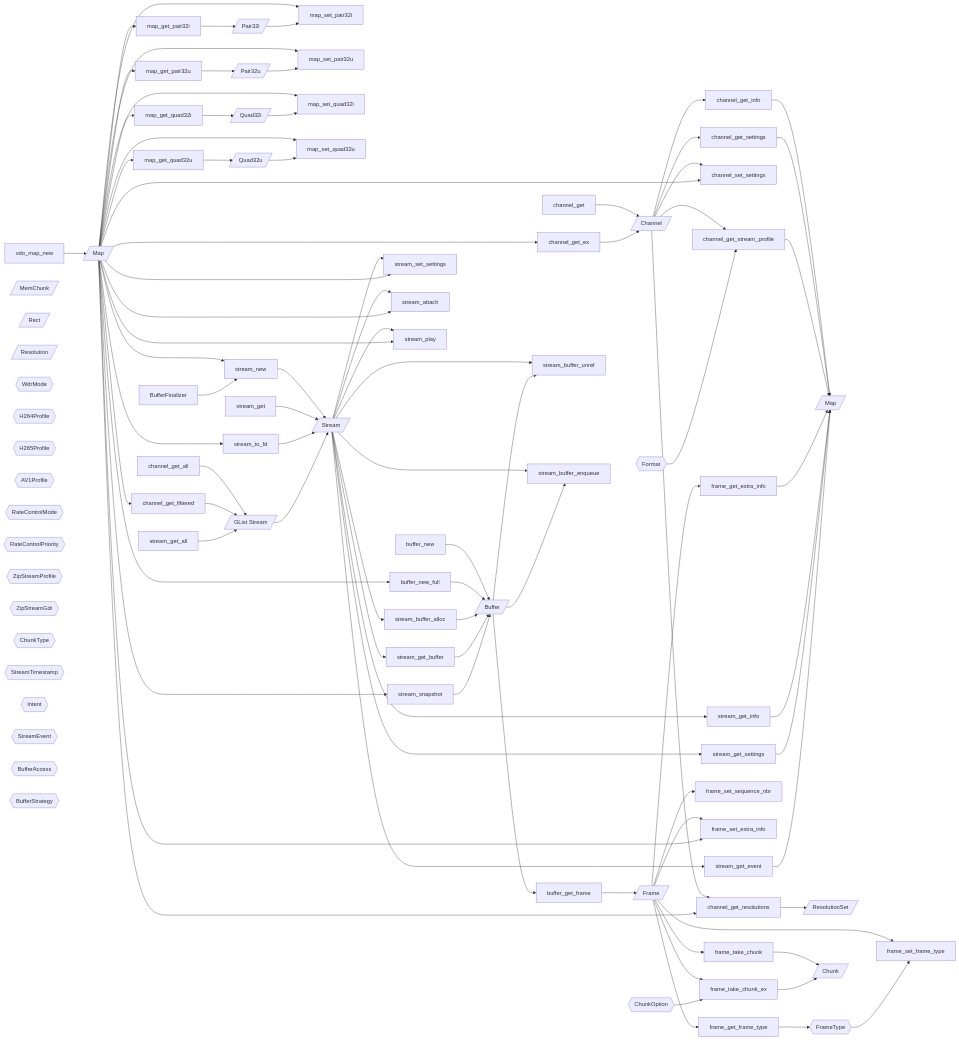
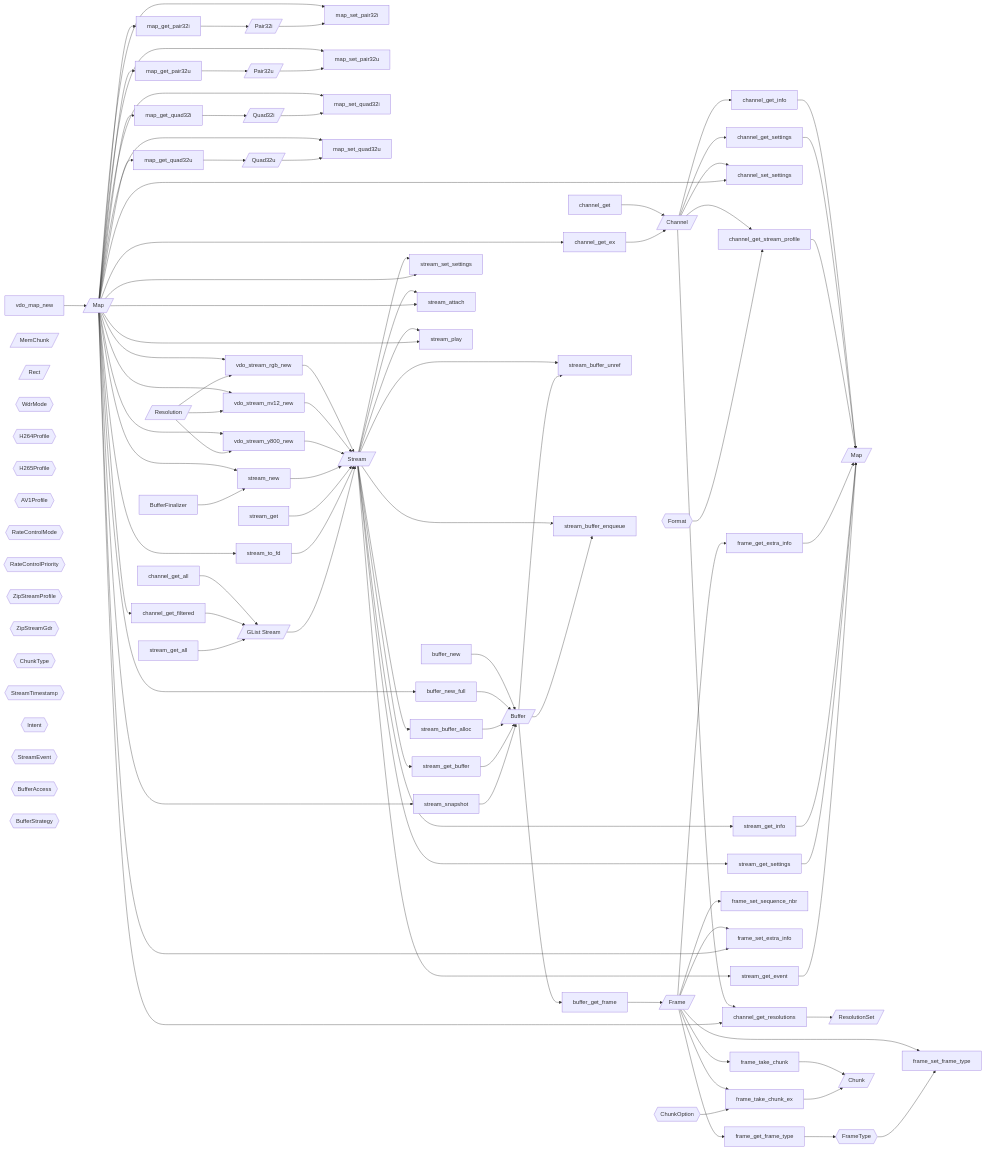
Before and after one commit to AxisCommunications/acap-rs: the diagram in crates/vdo-sys/README.md, drawn with Mermaid.

Commit message:
f: add functions new in 12.8

```diff
--- a/crates/vdo-sys/README.md
+++ b/crates/vdo-sys/README.md
@@ -214,6 +214,18 @@
 %% ...
 %% vdo-stream.h
 %% ...
+    Map --> vdo_stream_rgb_new
+    Resolution --> vdo_stream_rgb_new
+    vdo_stream_rgb_new --> Stream
+%% ...
+    Map --> vdo_stream_nv12_new
+    Resolution --> vdo_stream_nv12_new
+    vdo_stream_nv12_new --> Stream
+%% ...
+    Map --> vdo_stream_y800_new
+    Resolution --> vdo_stream_y800_new
+    vdo_stream_y800_new --> Stream
+%% ...
     Map --> stream_new
     BufferFinalizer --> stream_new
     stream_new --> Stream
```
